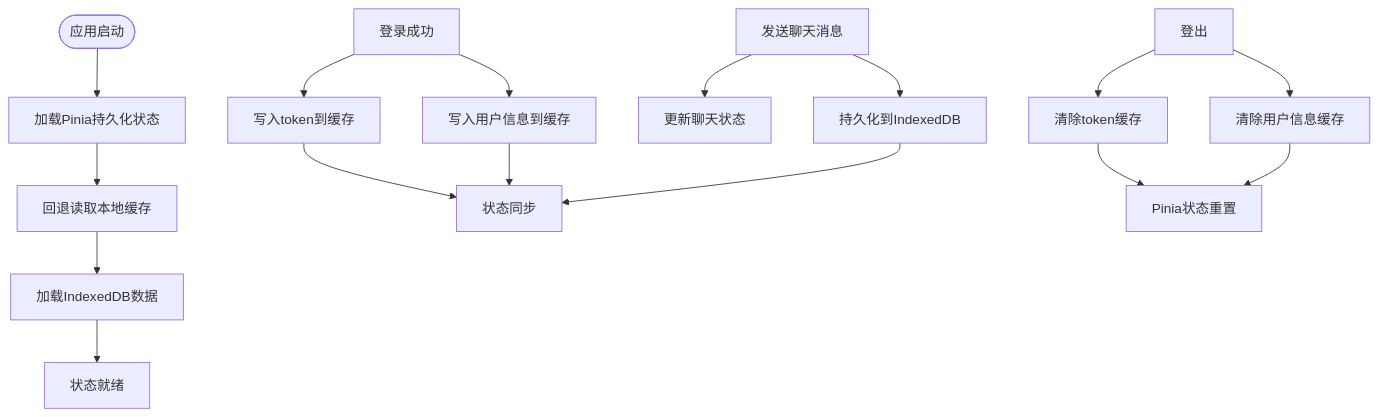
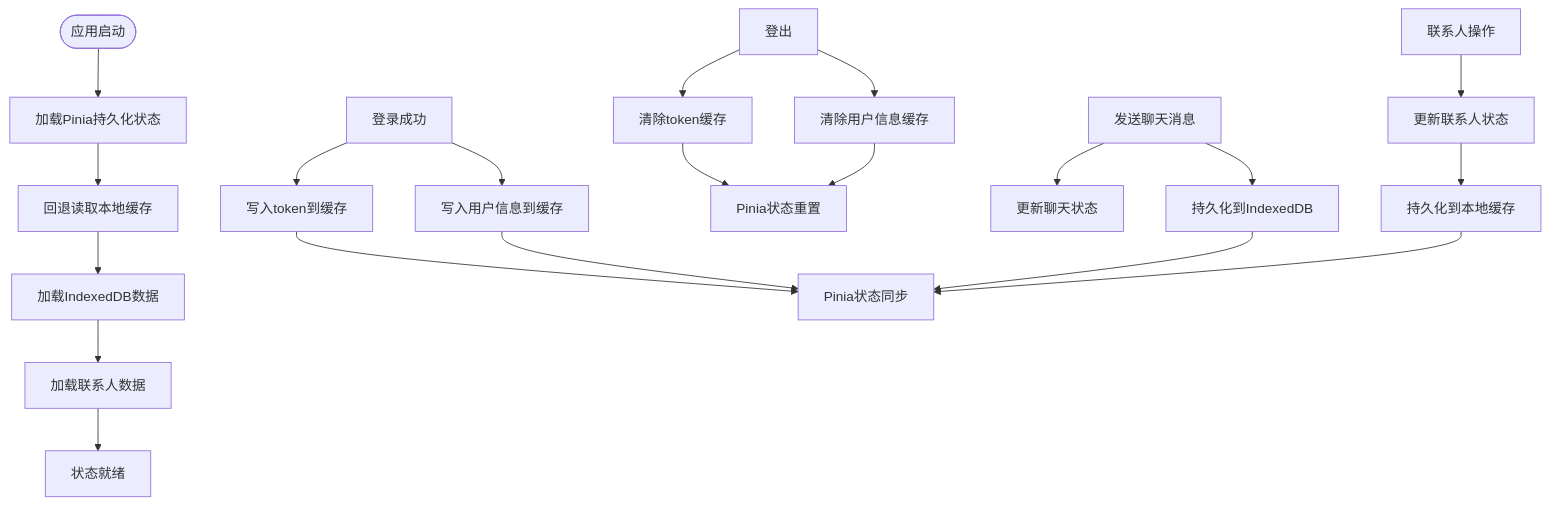
One commit to giserman001/vue3-vant4-mobile changed the tenth of 11 diagrams in .qoder/repowiki/zh/content/核心系统/状态管理系统/状态管理系统.md. Above: the diagram before and after it, drawn with Mermaid. The commit also changed other lines of this file and 3 other files, not shown here.

````diff
--- a/.qoder/repowiki/zh/content/核心系统/状态管理系统/状态管理系统.md
+++ b/.qoder/repowiki/zh/content/核心系统/状态管理系统/状态管理系统.md
@@ -488,18 +568,22 @@
 ```mermaid
 flowchart TD
 Init(["应用启动"]) --> LoadPinia["加载Pinia持久化状态"]
 LoadPinia --> LoadCache["回退读取本地缓存"]
 LoadCache --> LoadIndexedDB["加载IndexedDB数据"]
-LoadIndexedDB --> Ready["状态就绪"]
+LoadIndexedDB --> LoadContactData["加载联系人数据"]
+LoadContactData --> Ready["状态就绪"]
 Login["登录成功"] --> WriteToken["写入token到缓存"]
 Login --> WriteUser["写入用户信息到缓存"]
 WriteToken --> Sync["Pinia状态同步"]
 WriteUser --> Sync
 Logout["登出"] --> ClearToken["清除token缓存"]
 Logout --> ClearUser["清除用户信息缓存"]
 ClearToken --> Reset["Pinia状态重置"]
 ClearUser --> Reset
 ChatMsg["发送聊天消息"] --> UpdateChatState["更新聊天状态"]
 ChatMsg --> PersistToIndexedDB["持久化到IndexedDB"]
-PersistToIndexedDB --> Sync["状态同步"]
+PersistToIndexedDB --> Sync
+ContactAction["联系人操作"] --> UpdateContactState["更新联系人状态"]
+UpdateContactState --> PersistToCache["持久化到本地缓存"]
+PersistToCache --> Sync
 ```
````
